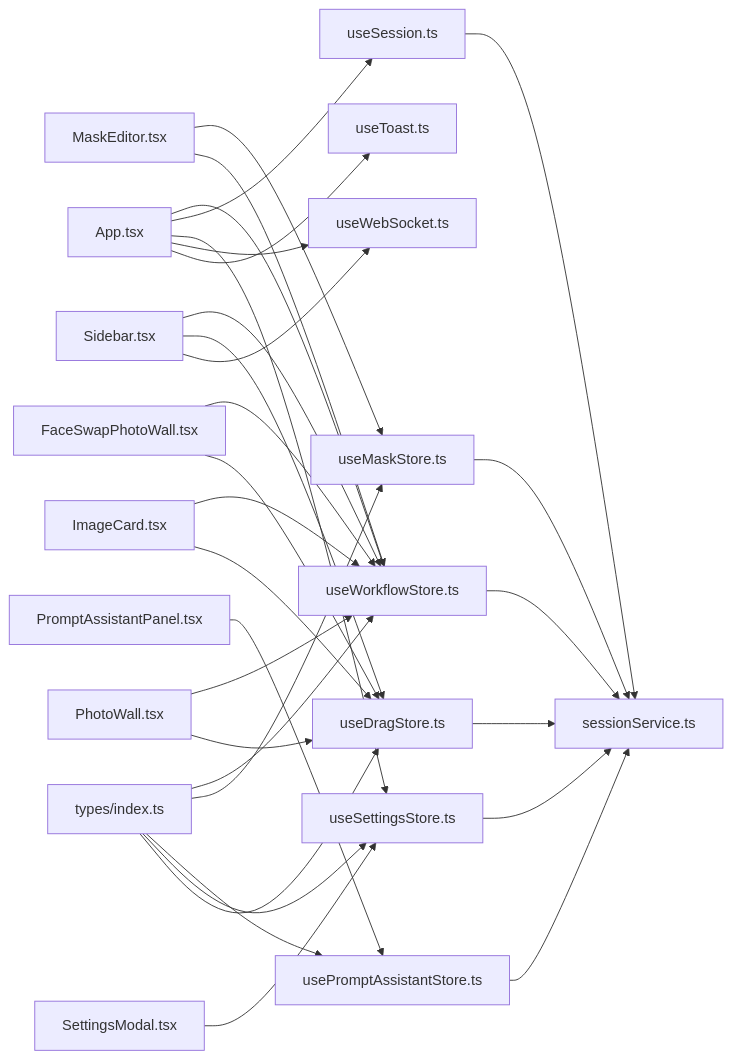
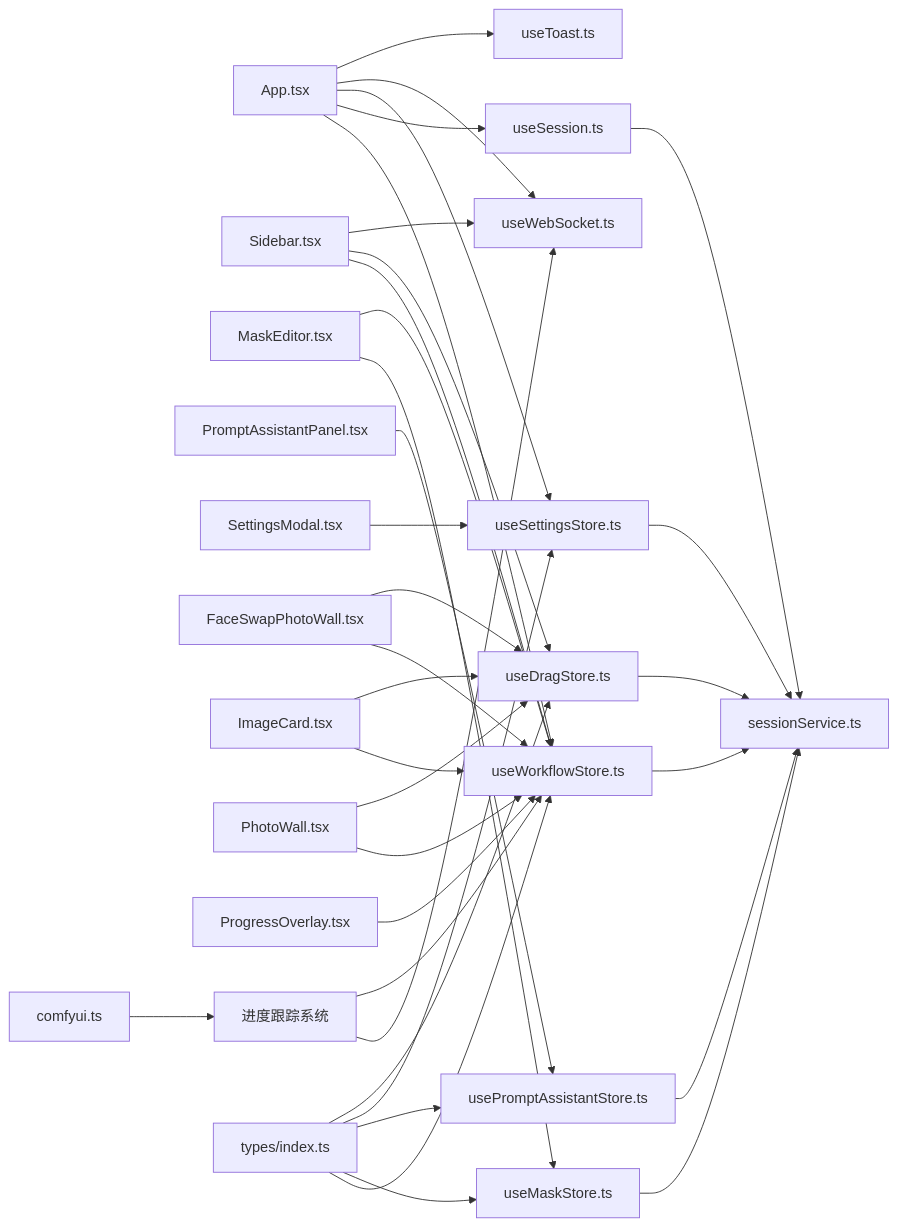
Before and after one commit to billye220670/CorineKit_Pix2Real: the sixth of 6 diagrams in .qoder/repowiki/zh/content/项目概述/技术架构概览/前端架构设计/状态管理系统.md, drawn with Mermaid. The commit also changed other lines of this file and 13 other files, not shown here.

````diff
--- a/.qoder/repowiki/zh/content/项目概述/技术架构概览/前端架构设计/状态管理系统.md
+++ b/.qoder/repowiki/zh/content/项目概述/技术架构概览/前端架构设计/状态管理系统.md
@@ -335,32 +401,36 @@
 ```mermaid
 graph LR
 App["App.tsx"] --> WF["useWorkflowStore.ts"]
 App --> SES["useSession.ts"]
 App --> SET["useSettingsStore.ts"]
 App --> WS["useWebSocket.ts"]
 App --> TOAST["useToast.ts"]
 Sidebar["Sidebar.tsx"] --> WF
 Sidebar --> DRAG["useDragStore.ts"]
 Sidebar --> WS
 MaskEditor["MaskEditor.tsx"] --> MAS["useMaskStore.ts"]
 MaskEditor --> WF
 PromptPanel["PromptAssistantPanel.tsx"] --> PA["usePromptAssistantStore.ts"]
 SettingsModal["SettingsModal.tsx"] --> SET
 FaceSwap["FaceSwapPhotoWall.tsx"] --> WF
 FaceSwap --> DRAG
 ImageCard["ImageCard.tsx"] --> WF
 ImageCard --> DRAG
 PhotoWall["PhotoWall.tsx"] --> WF
 PhotoWall --> DRAG
+ProgressOverlay["ProgressOverlay.tsx"] --> WF
 SES --> API["sessionService.ts"]
 WF --> API
 MAS --> API
 PA --> API
 SET --> API
 DRAG --> API
+PROGRESS["进度跟踪系统"] --> WS
+PROGRESS --> WF
 TYPES["types/index.ts"] --> WF
 TYPES --> MAS
 TYPES --> PA
 TYPES --> SET
 TYPES --> DRAG
+COMFYUI["comfyui.ts"] --> PROGRESS
 ```
````
